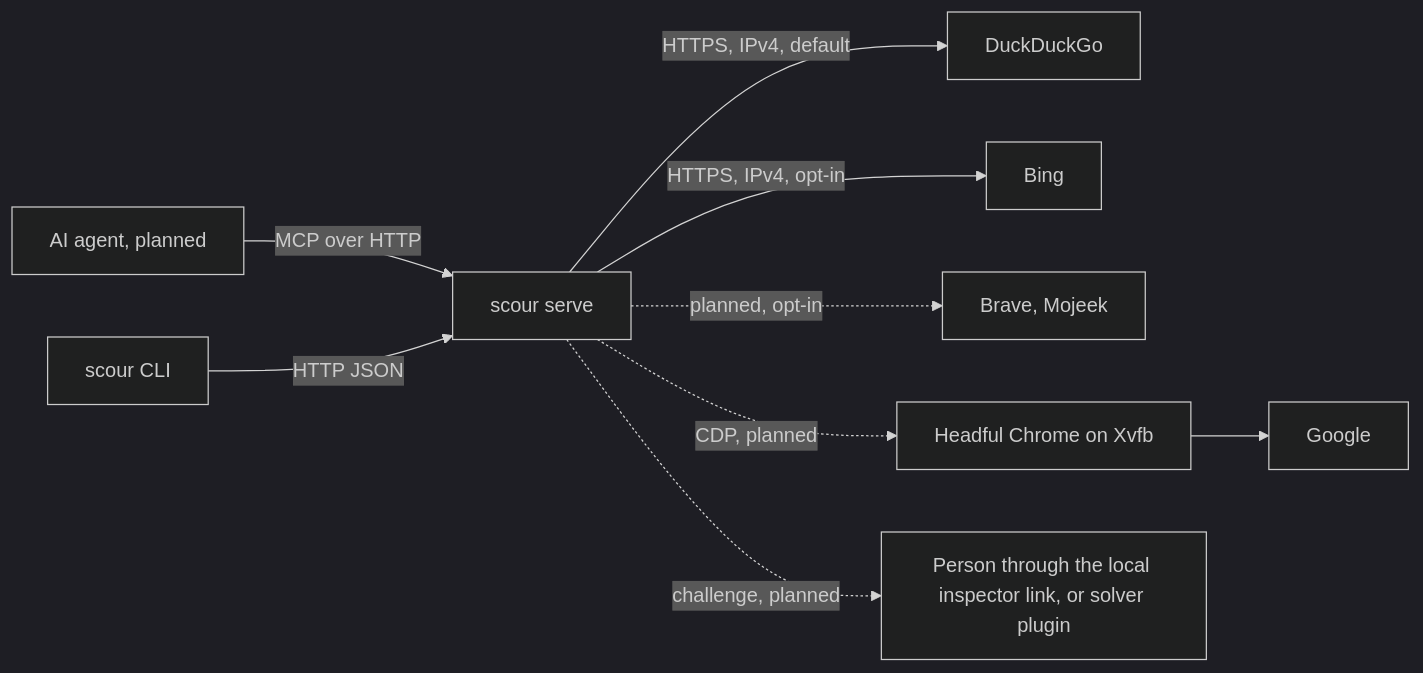
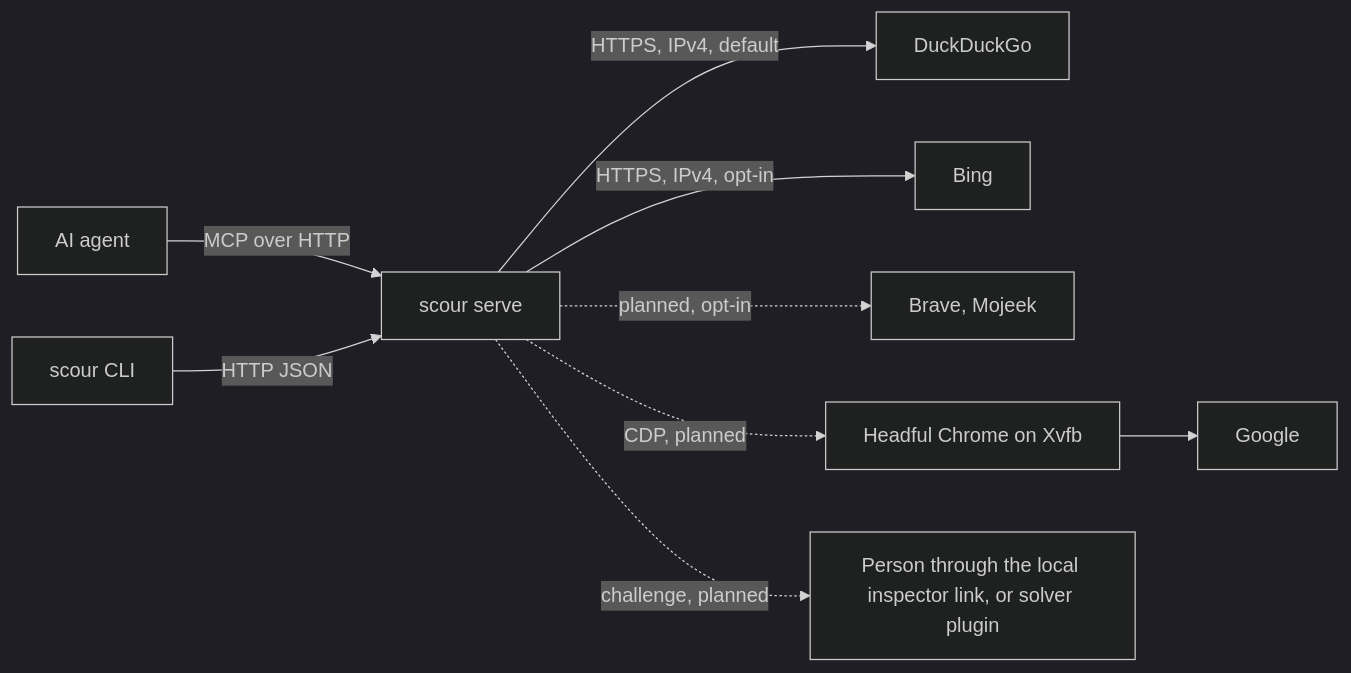
One commit to shantanugoel/scour changed the diagram in docs/architecture.md. Above: the diagram before and after it, drawn with Mermaid (dark theme). The commit also changed other lines of this file and 7 other files, not shown here.

````diff
--- a/docs/architecture.md
+++ b/docs/architecture.md
@@ -16,10 +16,10 @@
 ```mermaid
 flowchart LR
-  agent[AI agent, planned] -- MCP over HTTP --> d[scour serve]
+  agent[AI agent] -- MCP over HTTP --> d[scour serve]
   cli[scour CLI] -- HTTP JSON --> d
   d -- HTTPS, IPv4, default --> ddg[DuckDuckGo]
   d -- HTTPS, IPv4, opt-in --> bing[Bing]
   d -. planned, opt-in .-> eng[Brave, Mojeek]
   d -. CDP, planned .-> br[Headful Chrome on Xvfb] --> g[Google]
   d -. challenge, planned .-> sol[Person through the local inspector link, or solver plugin]
 ```
````
